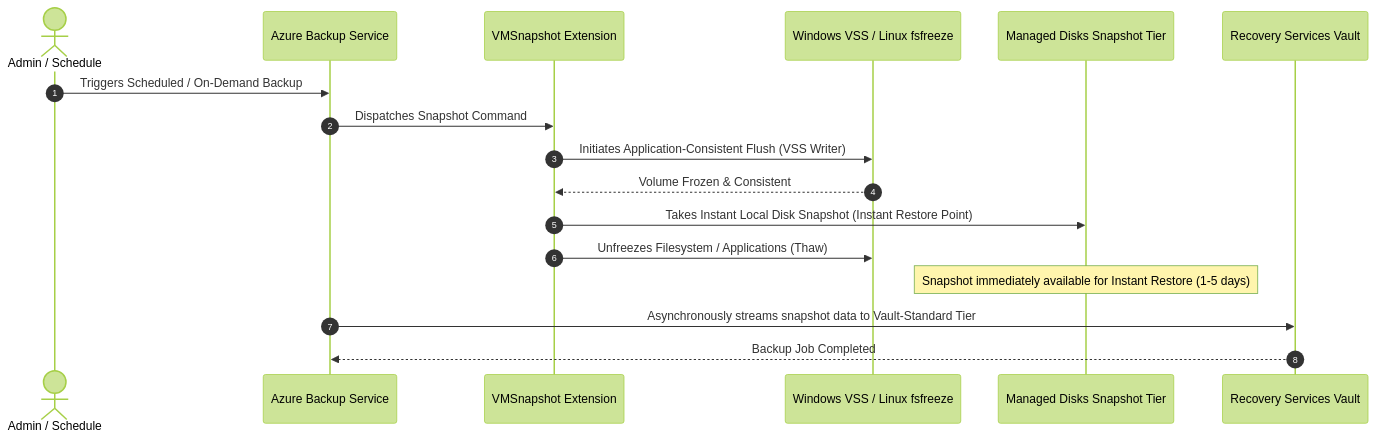
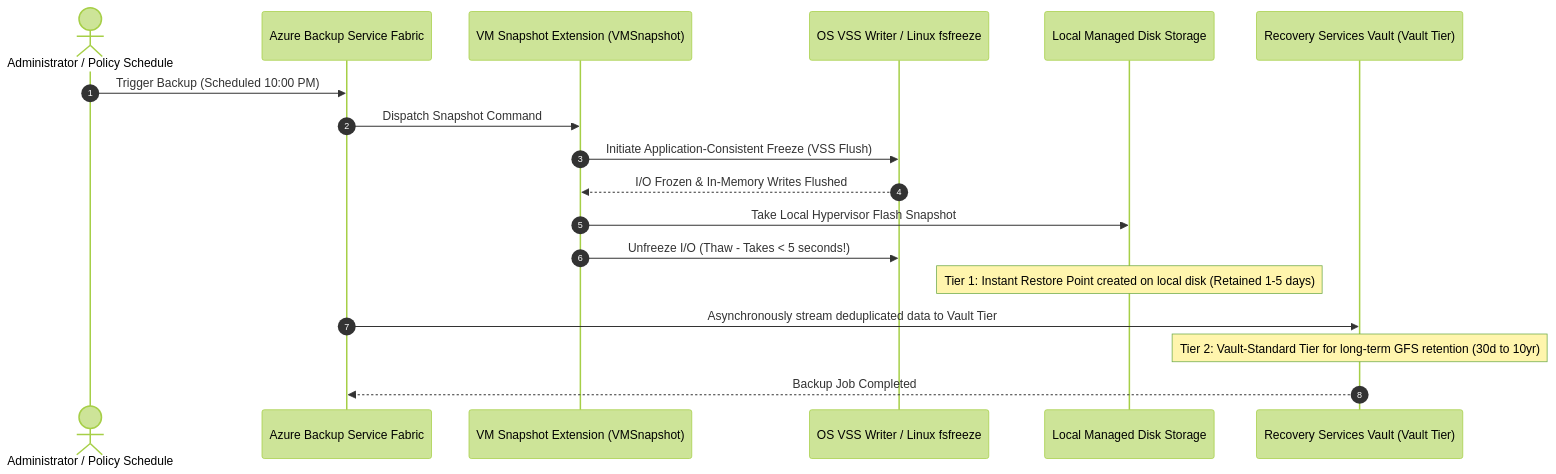
The first of 3 diagrams in Reference Notes/13-104-11_administer_data_protection.md (kmashour/BrainDump), drawn with Mermaid (forest theme) before and after one commit. The commit also changed other lines of this file and 13 other files, not shown here.

Commit message:
feat(az-104): re-architect complete 12-module curriculum into progressive masterclass lecture series with lab bridges

````diff
--- a/Reference Notes/13-104-11_administer_data_protection.md
+++ b/Reference Notes/13-104-11_administer_data_protection.md
@@ -76,20 +97,21 @@
 ```mermaid
 sequenceDiagram
     autonumber
-    actor Admin as Admin / Schedule
-    participant Fabric as Azure Backup Service
-    participant VM_Ext as VMSnapshot Extension
-    participant VSS as Windows VSS / Linux fsfreeze
-    participant Disk as Managed Disks Snapshot Tier
-    participant Vault as Recovery Services Vault
+    actor Admin as Administrator / Policy Schedule
+    participant Fabric as Azure Backup Service Fabric
+    participant Ext as VM Snapshot Extension (VMSnapshot)
+    participant OS as OS VSS Writer / Linux fsfreeze
+    participant Disk as Local Managed Disk Storage
+    participant Vault as Recovery Services Vault (Vault Tier)
 
-    Admin->>Fabric: Triggers Scheduled / On-Demand Backup
-    Fabric->>VM_Ext: Dispatches Snapshot Command
-    VM_Ext->>VSS: Initiates Application-Consistent Flush (VSS Writer)
-    VSS-->>VM_Ext: Volume Frozen & Consistent
-    VM_Ext->>Disk: Takes Instant Local Disk Snapshot (Instant Restore Point)
-    VM_Ext->>VSS: Unfreezes Filesystem / Applications (Thaw)
-    Note over Disk: Snapshot immediately available for Instant Restore (1-5 days)
-    Fabric->>Vault: Asynchronously streams snapshot data to Vault-Standard Tier
+    Admin->>Fabric: Trigger Backup (Scheduled 10:00 PM)
+    Fabric->>Ext: Dispatch Snapshot Command
+    Ext->>OS: Initiate Application-Consistent Freeze (VSS Flush)
+    OS-->>Ext: I/O Frozen & In-Memory Writes Flushed
+    Ext->>Disk: Take Local Hypervisor Flash Snapshot
+    Ext->>OS: Unfreeze I/O (Thaw - Takes < 5 seconds!)
+    Note over Disk: Tier 1: Instant Restore Point created on local disk (Retained 1-5 days)
+    Fabric->>Vault: Asynchronously stream deduplicated data to Vault Tier
+    Note over Vault: Tier 2: Vault-Standard Tier for long-term GFS retention (30d to 10yr)
     Vault-->>Fabric: Backup Job Completed
 ```
````
